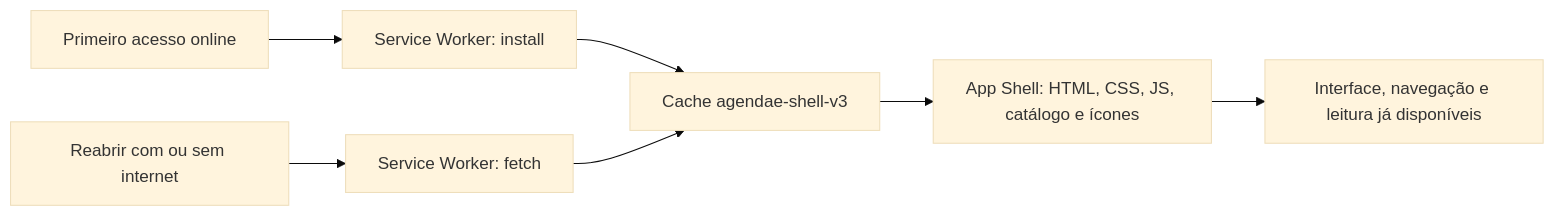
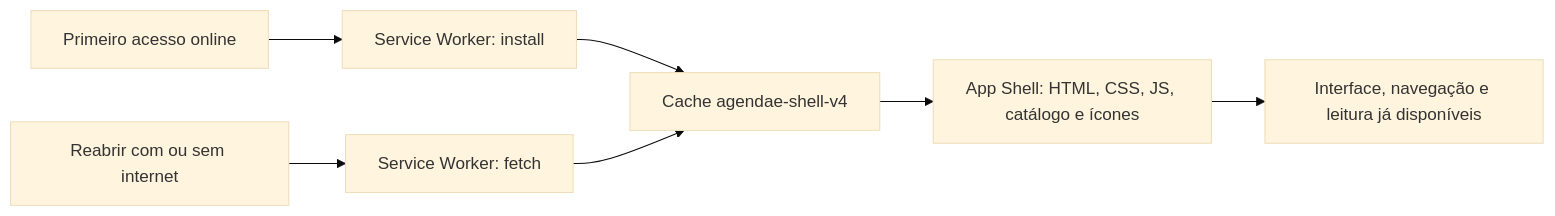
One commit to eusettee/agendae-pwa changed the second of 2 diagrams in README.md. Above: the diagram before and after it, drawn with Mermaid (base theme). The commit also changed other lines of this file and 5 other files, not shown here.

````diff
--- a/README.md
+++ b/README.md
@@ -308,9 +314,9 @@
 ```mermaid
 flowchart LR
     A[Primeiro acesso online] --> B[Service Worker: install]
-    B --> C[Cache agendae-shell-v3]
+    B --> C[Cache agendae-shell-v4]
     C --> D[App Shell: HTML, CSS, JS, catálogo e ícones]
     E[Reabrir com ou sem internet] --> F[Service Worker: fetch]
     F --> C
     D --> G[Interface, navegação e leitura já disponíveis]
 ```
````
